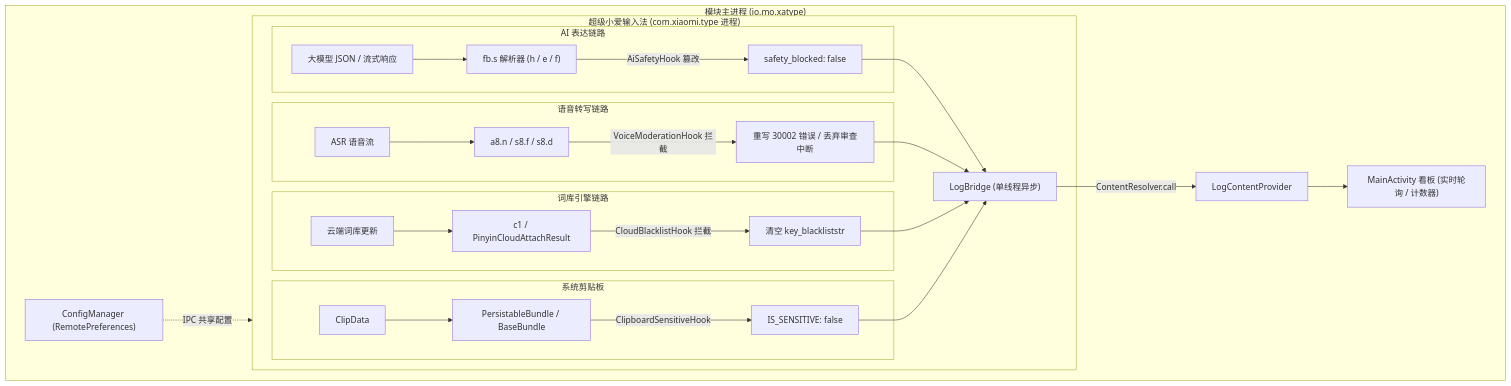
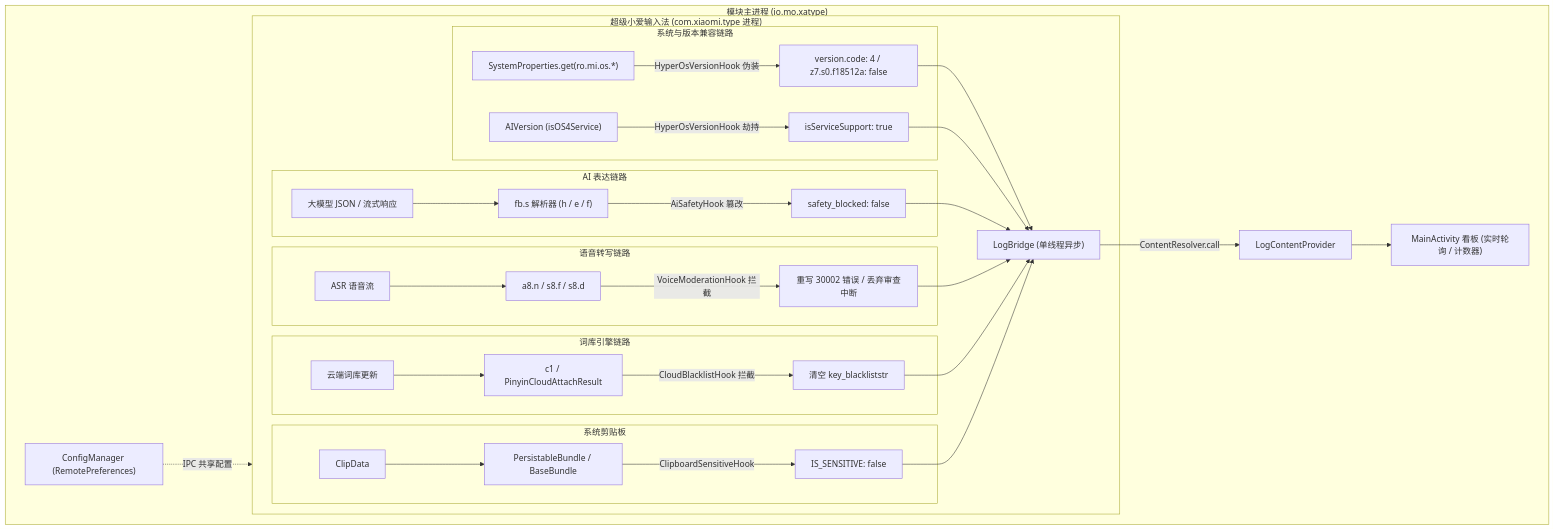
The second of 2 diagrams in README.md (lm060719/XiaoAiTypeUnblock), drawn with Mermaid before and after one commit. The commit also changed other lines of this file and 7 other files, not shown here.

````diff
--- a/README.md
+++ b/README.md
@@ -79,32 +87,37 @@
 ```mermaid
 graph TD
     subgraph TargetApp["超级小爱输入法 (com.xiaomi.type 进程)"]
+        subgraph OS["系统与版本兼容链路"]
+            SYSPROP["SystemProperties.get(ro.mi.os.*)"] -->|HyperOsVersionHook 伪装| OS_PASS["version.code: 4 / z7.s0.f18512a: false"]
+            AIVER["AIVersion (isOS4Service)"] -->|HyperOsVersionHook 劫持| AI_SERVICE_PASS["isServiceSupport: true"]
+        end
+
         subgraph AI["AI 表达链路"]
             LLM_RESP["大模型 JSON / 流式响应"] --> FBS["fb.s 解析器 (h / e / f)"]
             FBS -->|AiSafetyHook 篡改| AI_CLEAN["safety_blocked: false"]
         end
 
         subgraph Voice["语音转写链路"]
             ASR_IN["ASR 语音流"] --> MICLAW["a8.n / s8.f / s8.d"]
             MICLAW -->|VoiceModerationHook 拦截| VOICE_PASS["重写 30002 错误 / 丢弃审查中断"]
         end
 
         subgraph Cloud["词库引擎链路"]
             CLOUD_REQ["云端词库更新"] --> ENGINE["c1 / PinyinCloudAttachResult"]
             ENGINE -->|CloudBlacklistHook 拦截| CLOUD_CLEAN["清空 key_blackliststr"]
         end
 
         subgraph Clip["系统剪贴板"]
             SYS_CLIP["ClipData"] --> BUNDLE["PersistableBundle / BaseBundle"]
             BUNDLE -->|ClipboardSensitiveHook| CLIP_PASS["IS_SENSITIVE: false"]
         end
 
-        AI_CLEAN & VOICE_PASS & CLOUD_CLEAN & CLIP_PASS --> LOG_BRIDGE["LogBridge (单线程异步)"]
+        OS_PASS & AI_SERVICE_PASS & AI_CLEAN & VOICE_PASS & CLOUD_CLEAN & CLIP_PASS --> LOG_BRIDGE["LogBridge (单线程异步)"]
     end
 
     subgraph ModuleApp["模块主进程 (io.mo.xatype)"]
         LOG_BRIDGE -->|ContentResolver.call| PROVIDER["LogContentProvider"]
         PROVIDER --> UI["MainActivity 看板 (实时轮询 / 计数器)"]
         CONFIG["ConfigManager (RemotePreferences)"] -.->|IPC 共享配置| TargetApp
     end
 ```
````
